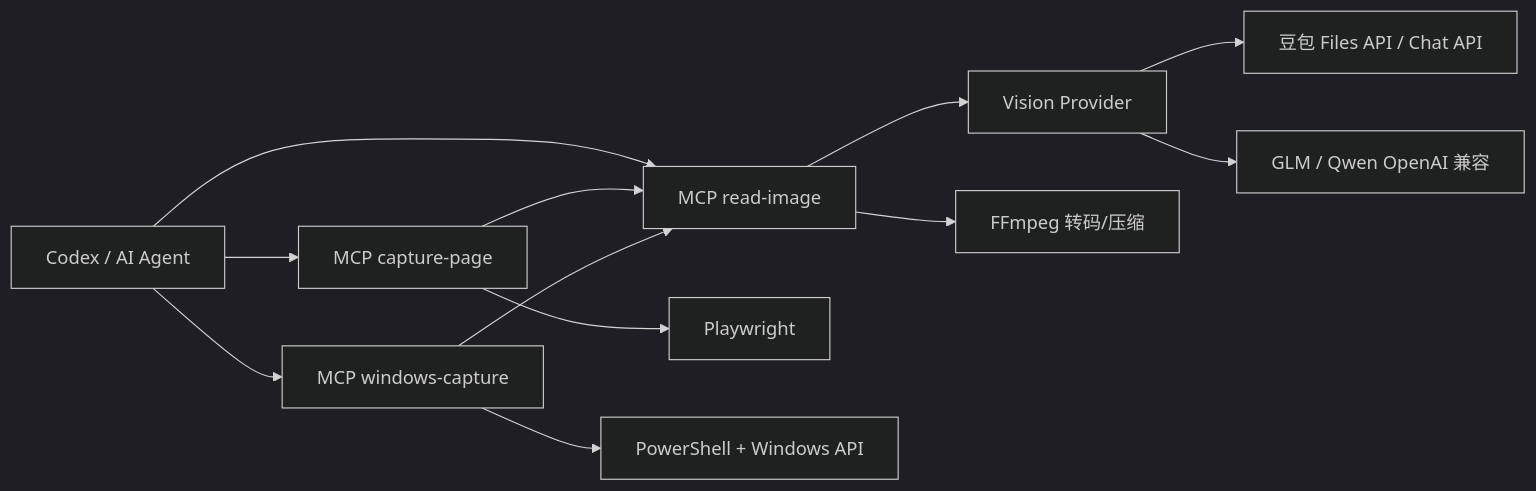
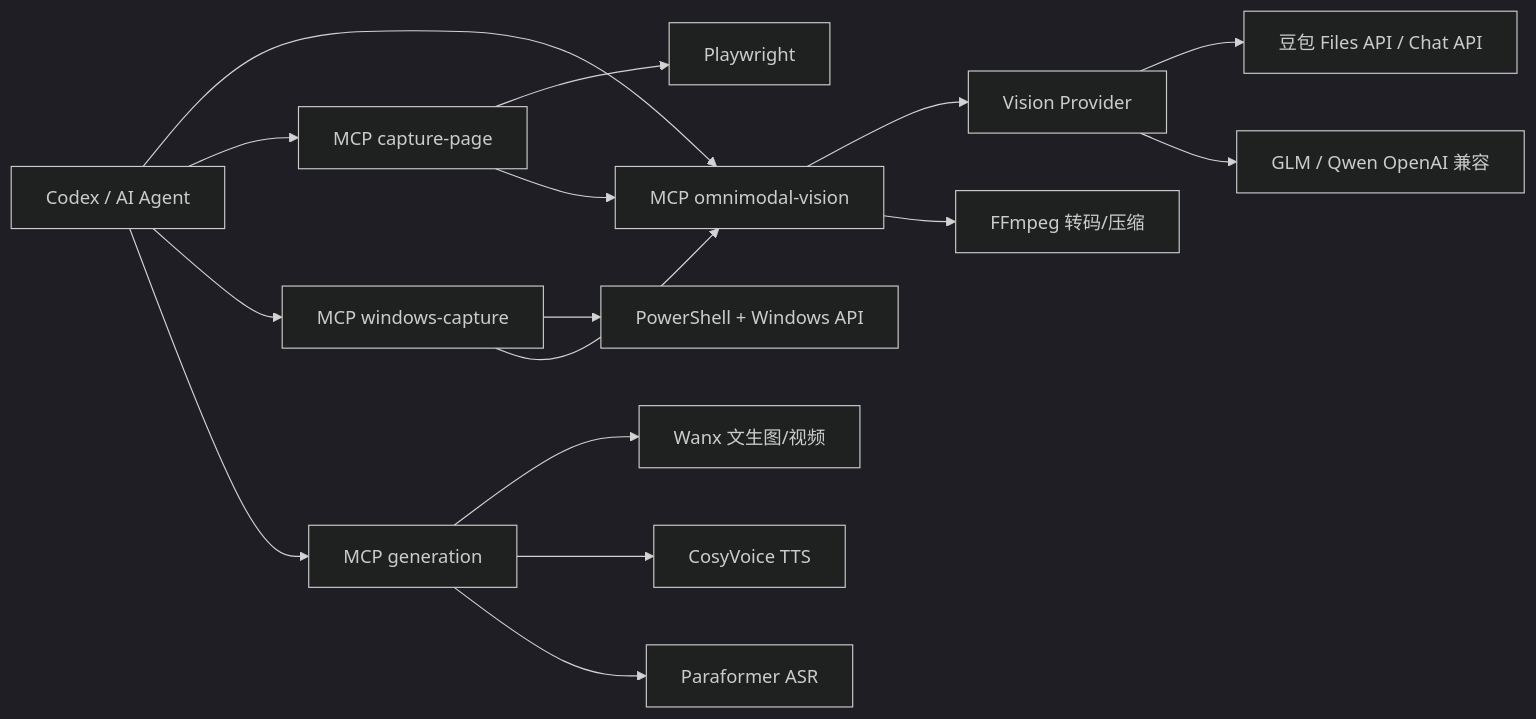
One commit to ZXY1240/read-image changed the diagram in README.md. Above: the diagram before and after it, drawn with Mermaid (dark theme). The commit also changed other lines of this file and 95 other files, not shown here.

````diff
--- a/README.md
+++ b/README.md
@@ -28,14 +42,18 @@
 ```mermaid
 flowchart LR
-  A[Codex / AI Agent] --> B[MCP read-image]
+  A[Codex / AI Agent] --> B[MCP omnimodal-vision]
   A --> C[MCP capture-page]
   A --> D[MCP windows-capture]
-  B --> E[Vision Provider]
-  B --> F[FFmpeg 转码/压缩]
-  E --> E1[豆包 Files API / Chat API]
-  E --> E2[GLM / Qwen OpenAI 兼容]
-  C --> G[Playwright]
-  D --> H[PowerShell + Windows API]
+  A --> E[MCP generation]
+  B --> F[Vision Provider]
+  B --> G[FFmpeg 转码/压缩]
+  F --> F1[豆包 Files API / Chat API]
+  F --> F2[GLM / Qwen OpenAI 兼容]
+  E --> H[Wanx 文生图/视频]
+  E --> I[CosyVoice TTS]
+  E --> J[Paraformer ASR]
+  C --> K[Playwright]
+  D --> L[PowerShell + Windows API]
   C --> B
   D --> B
 ```
````
